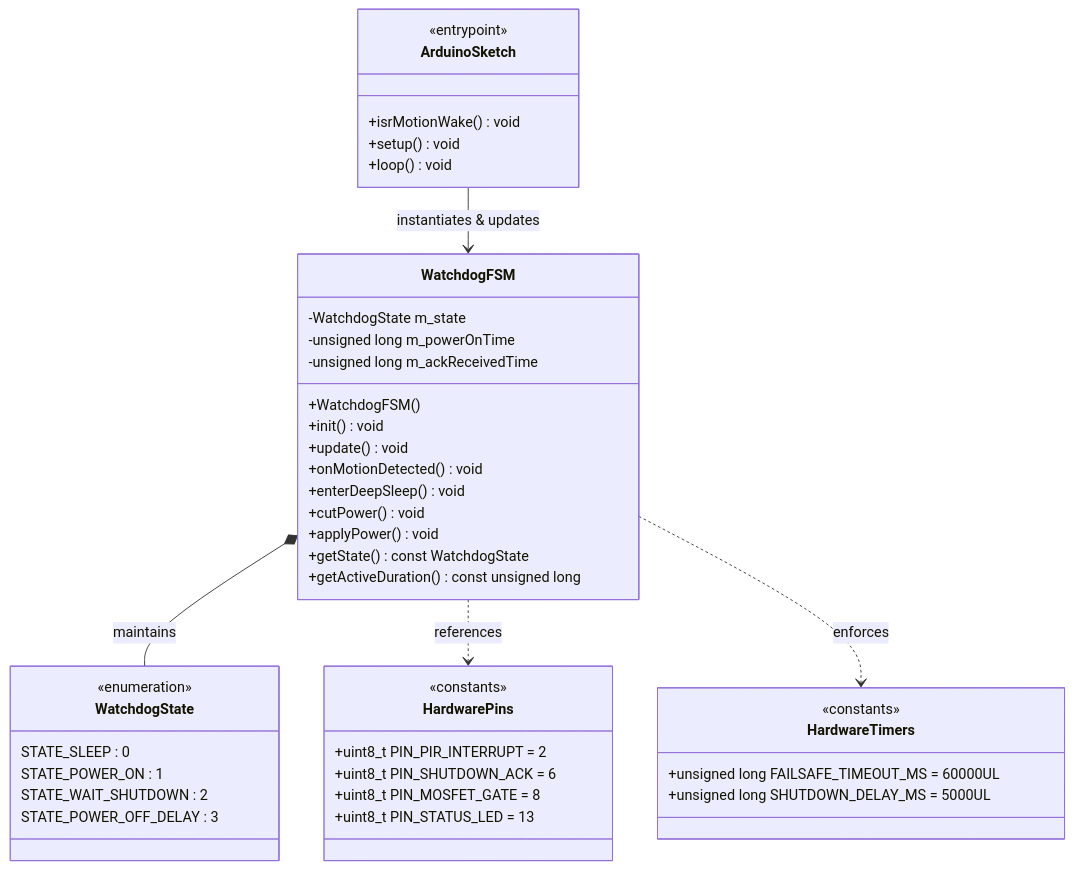
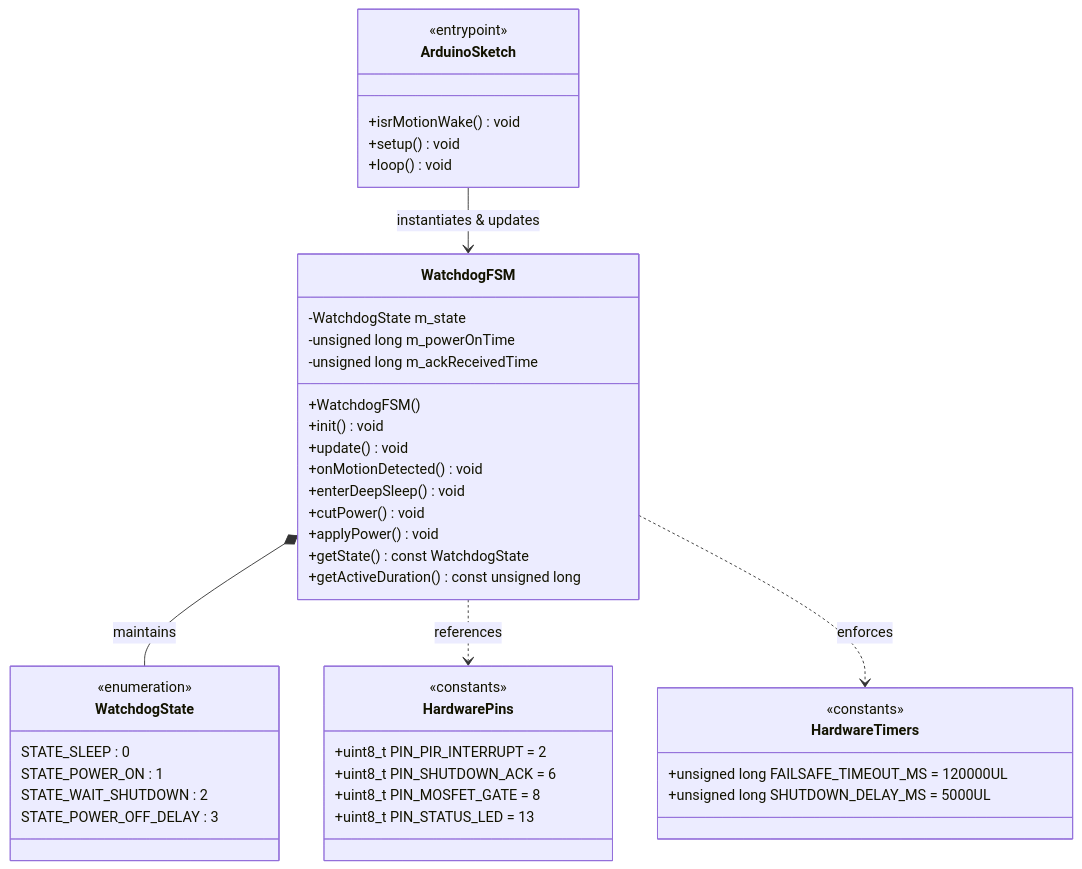
The first of 3 diagrams in Arduino_Nano/Arduino_Nano_README.md (kesterDL/embedded-wild-life-feeding-station), drawn with Mermaid before and after one commit. The commit also changed other lines of this file and 9 other files, not shown here.

````diff
--- a/Arduino_Nano/Arduino_Nano_README.md
+++ b/Arduino_Nano/Arduino_Nano_README.md
@@ -36,53 +36,53 @@
 ```mermaid
 classDiagram
     direction TB
 
     class WatchdogState {
         <<enumeration>>
         STATE_SLEEP : 0
         STATE_POWER_ON : 1
         STATE_WAIT_SHUTDOWN : 2
         STATE_POWER_OFF_DELAY : 3
     }
 
     class HardwarePins {
         <<constants>>
         +uint8_t PIN_PIR_INTERRUPT = 2
         +uint8_t PIN_SHUTDOWN_ACK = 6
         +uint8_t PIN_MOSFET_GATE = 8
         +uint8_t PIN_STATUS_LED = 13
     }
 
     class HardwareTimers {
         <<constants>>
-        +unsigned long FAILSAFE_TIMEOUT_MS = 60000UL
+        +unsigned long FAILSAFE_TIMEOUT_MS = 120000UL
         +unsigned long SHUTDOWN_DELAY_MS = 5000UL
     }
 
     class WatchdogFSM {
         -WatchdogState m_state
         -unsigned long m_powerOnTime
         -unsigned long m_ackReceivedTime
         +WatchdogFSM()
         +init() void
         +update() void
         +onMotionDetected() void
         +enterDeepSleep() void
         +cutPower() void
         +applyPower() void
         +getState() const WatchdogState
         +getActiveDuration() const unsigned long
     }
 
     class ArduinoSketch {
         <<entrypoint>>
         +isrMotionWake() void
         +setup() void
         +loop() void
     }
 
     WatchdogFSM *-- WatchdogState : maintains
     WatchdogFSM ..> HardwarePins : references
     WatchdogFSM ..> HardwareTimers : enforces
     ArduinoSketch --> WatchdogFSM : instantiates & updates
 ```
````
